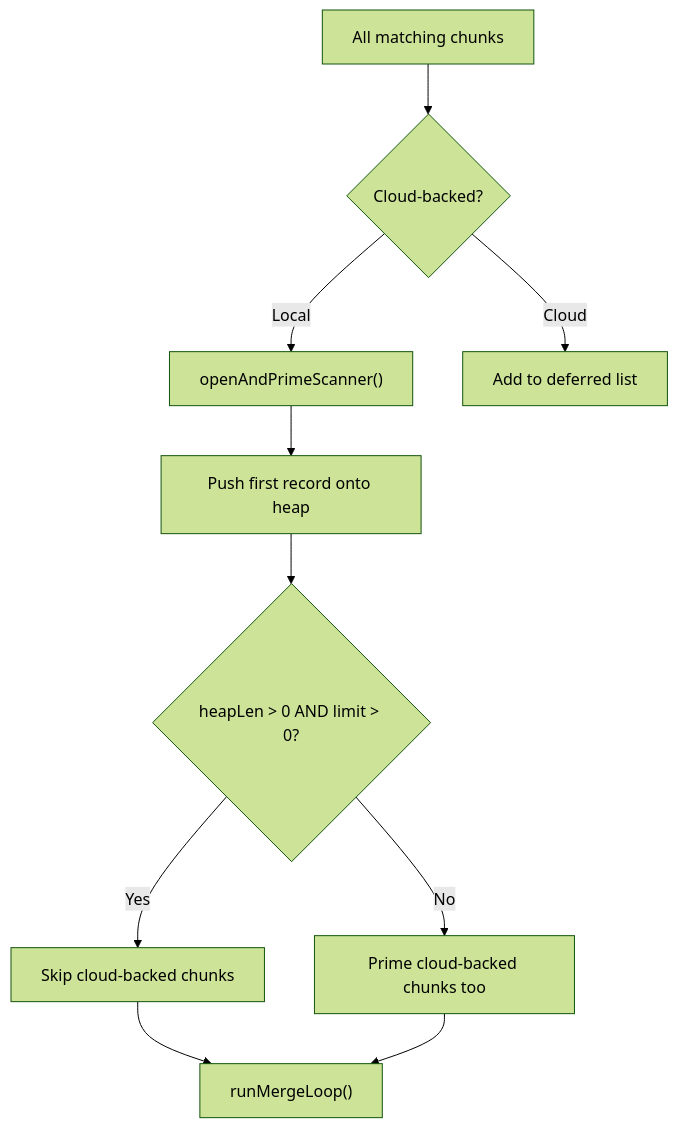
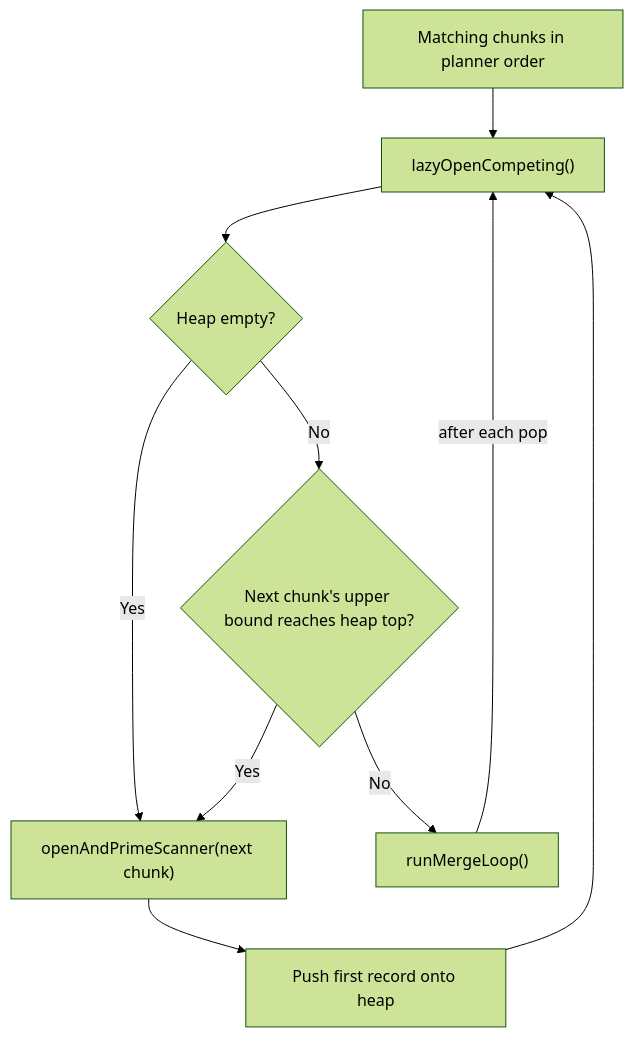
One commit to kluzzebass/gastrolog changed the fourth of 10 diagrams in docs/query_execution.md. Above: the diagram before and after it, drawn with Mermaid (forest theme). The commit also changed other lines of this file, not shown here.

First line of the commit message:
docs: align query_execution.md with the FSM-listed chunk path

````diff
--- a/docs/query_execution.md
+++ b/docs/query_execution.md
@@ -87,18 +105,12 @@
 ```mermaid
 flowchart TD
-    AllChunks["All matching chunks"] --> Classify{"Cloud-backed?"}
-
-    Classify -->|Local| Prime["openAndPrimeScanner()"]
-    Classify -->|Cloud| Defer["Add to deferred list"]
-
-    Prime --> Heap["Push first record onto heap"]
-
-    Heap --> Check{"heapLen > 0 AND limit > 0?"}
-    Check -->|Yes| DeferCloud["Skip cloud-backed chunks"]
-    Check -->|No| PrimeCloud["Prime cloud-backed chunks too"]
-
-    DeferCloud --> MergeLoop
-    PrimeCloud --> MergeLoop
-
-    MergeLoop["runMergeLoop()"]
+    AllChunks["Matching chunks in planner order"] --> Lazy["lazyOpenCompeting()"]
+    Lazy --> HeapEmpty{"Heap empty?"}
+    HeapEmpty -->|Yes| Open["openAndPrimeScanner(next chunk)"]
+    HeapEmpty -->|No| Overlap{"Next chunk's upper bound reaches heap top?"}
+    Overlap -->|Yes| Open
+    Overlap -->|No| MergeLoop["runMergeLoop()"]
+    Open --> Heap["Push first record onto heap"]
+    Heap --> Lazy
+    MergeLoop -->|"after each pop"| Lazy
 ```
````
